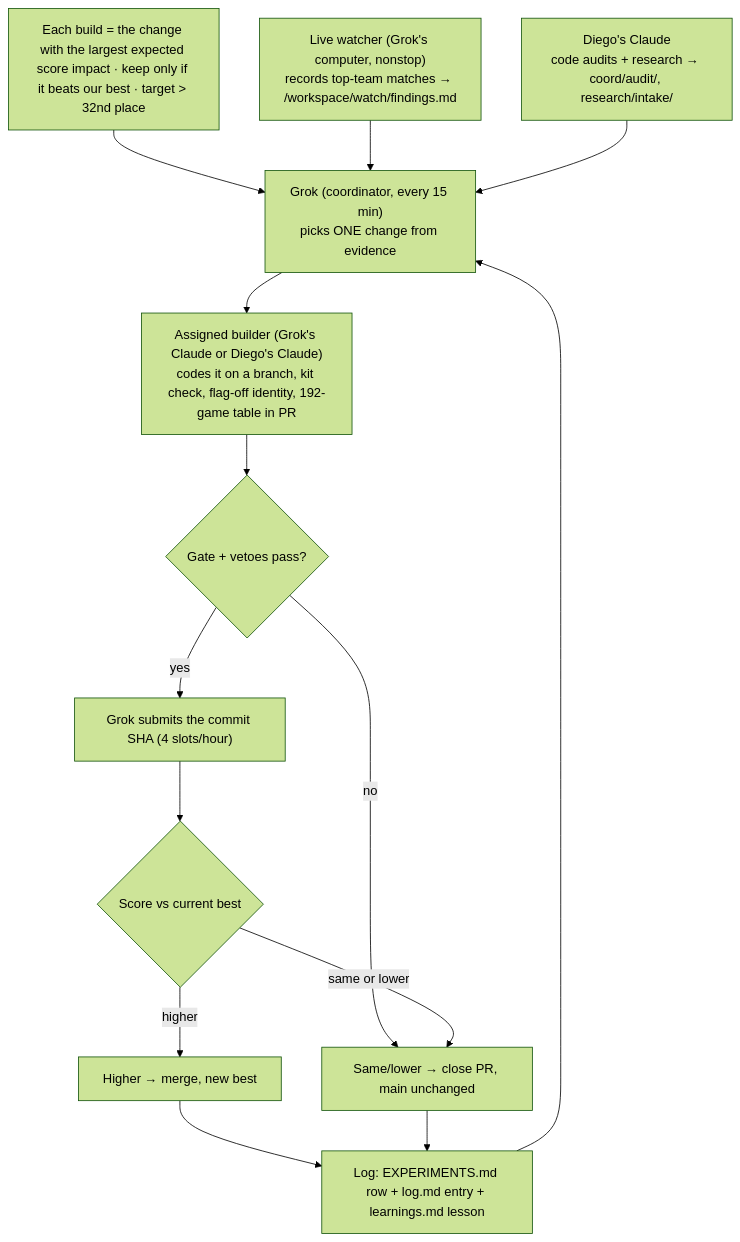
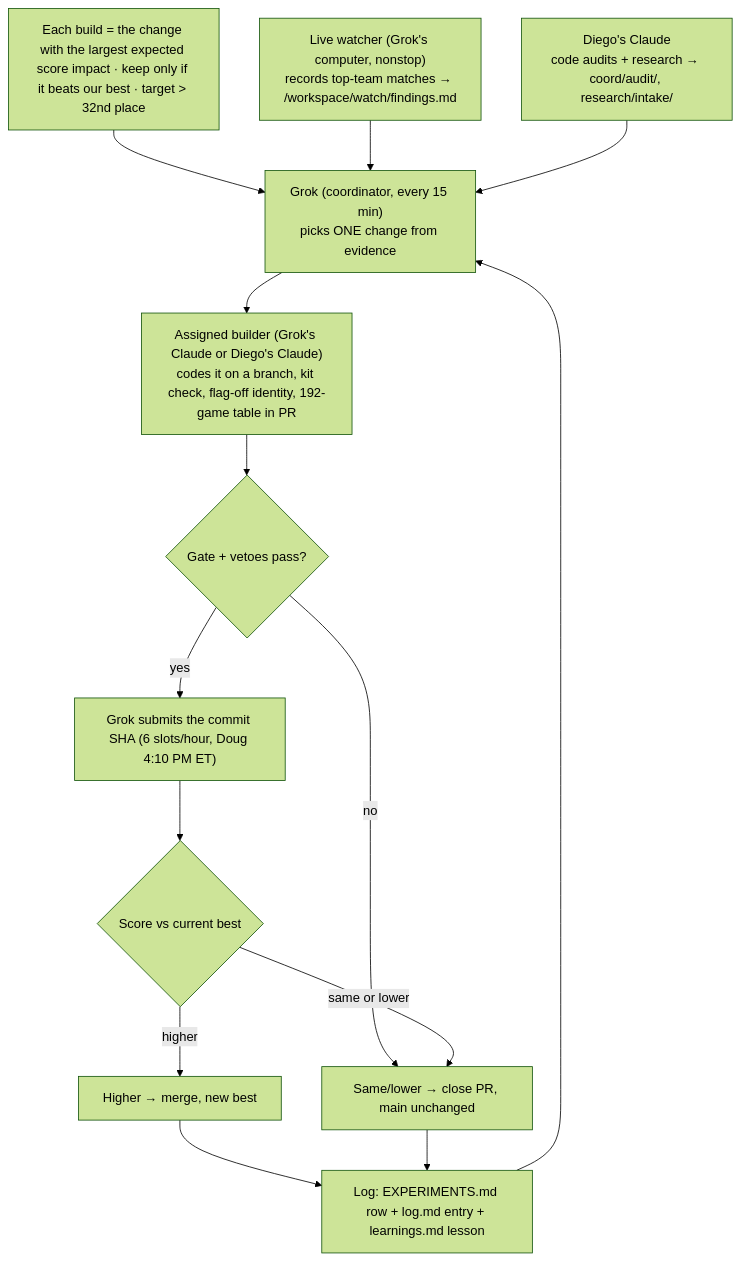
One commit to dmclaughlin-bit/mech-bot changed the diagram in coord/WORKFLOW.md. Above: the diagram before and after it, drawn with Mermaid (forest theme). The commit also changed other lines of this file and 1 other file, not shown here.

Commit message:
Workflow: 6 site tests per hour (Doug confirmed Sat 4:10 PM ET)

````diff
--- a/coord/WORKFLOW.md
+++ b/coord/WORKFLOW.md
@@ -17,22 +17,22 @@
 ```mermaid
 flowchart TD
     GOAL["Each build = the change with the largest expected score impact · keep only if it beats our best · target > 32nd place"]
     W["Live watcher (Grok's computer, nonstop)<br/>records top-team matches → /workspace/watch/findings.md"]
     D["Diego's Claude<br/>code audits + research → coord/audit/, research/intake/"]
     G["Grok (coordinator, every 15 min)<br/>picks ONE change from evidence"]
     C["Assigned builder (Grok's Claude or Diego's Claude)<br/>codes it on a branch, kit check, flag-off identity, 192-game table in PR"]
-    S["Grok submits the commit SHA (4 slots/hour)"]
+    S["Grok submits the commit SHA (6 slots/hour, Doug 4:10 PM ET)"]
     R{"Score vs current best"}
     K["Higher → merge, new best"]
     X["Same/lower → close PR, main unchanged"]
     L["Log: EXPERIMENTS.md row + log.md entry + learnings.md lesson"]
     GOAL --> G
     W --> G
     D --> G
     G --> C --> V{"Gate + vetoes pass?"}
     V -- no --> X
     V -- yes --> S --> R
     R -- higher --> K --> L
     R -- same or lower --> X --> L
     L --> G
 ```
````
